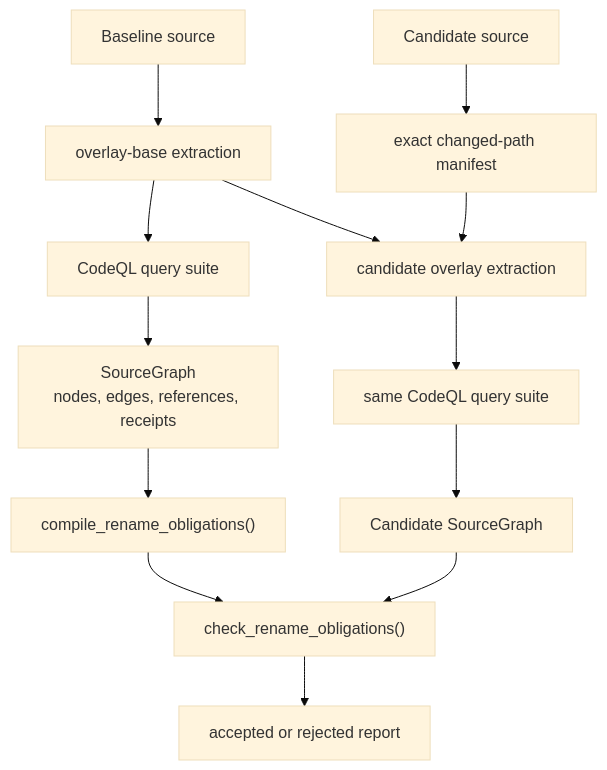
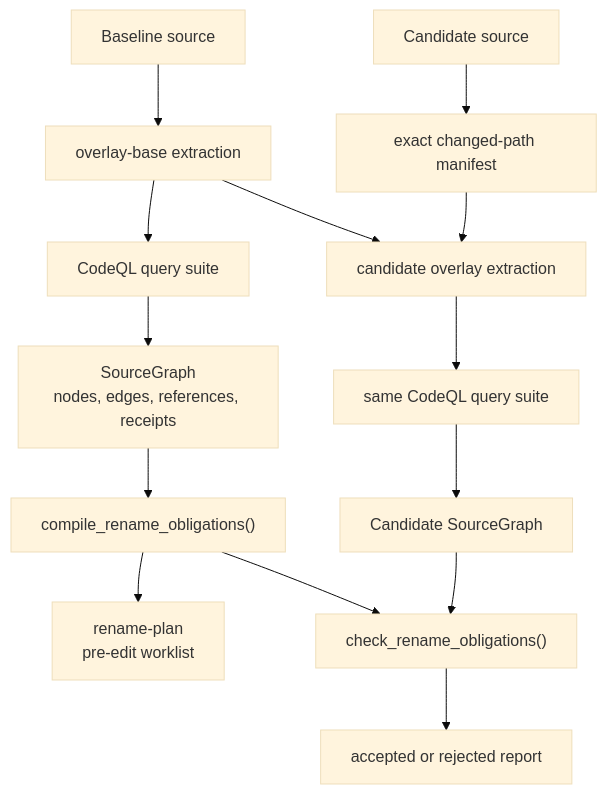
Before and after one commit to pvd232/viper: the third of 3 diagrams in docs/development/rename-obligation-check.md, drawn with Mermaid (base theme). The commit also changed other lines of this file and 12 other files, not shown here.

Commit message:
Expose pre-edit rename worklists

````diff
--- a/docs/development/rename-obligation-check.md
+++ b/docs/development/rename-obligation-check.md
@@ -82,15 +83,16 @@
 ```mermaid
 flowchart TB
     S0["Baseline source"] --> B["overlay-base extraction"]
     B --> Q0["CodeQL query suite"]
     Q0 --> G0["SourceGraph<br/>nodes, edges, references, receipts"]
     S1["Candidate source"] --> D["exact changed-path manifest"]
     B --> OVL["candidate overlay extraction"]
     D --> OVL
     OVL --> Q1["same CodeQL query suite"]
     Q1 --> G1["Candidate SourceGraph"]
     G0 --> C["compile_rename_obligations()"]
+    C --> P["rename-plan<br/>pre-edit worklist"]
     G1 --> K["check_rename_obligations()"]
     C --> K
     K --> R["accepted or rejected report"]
 ```
````
